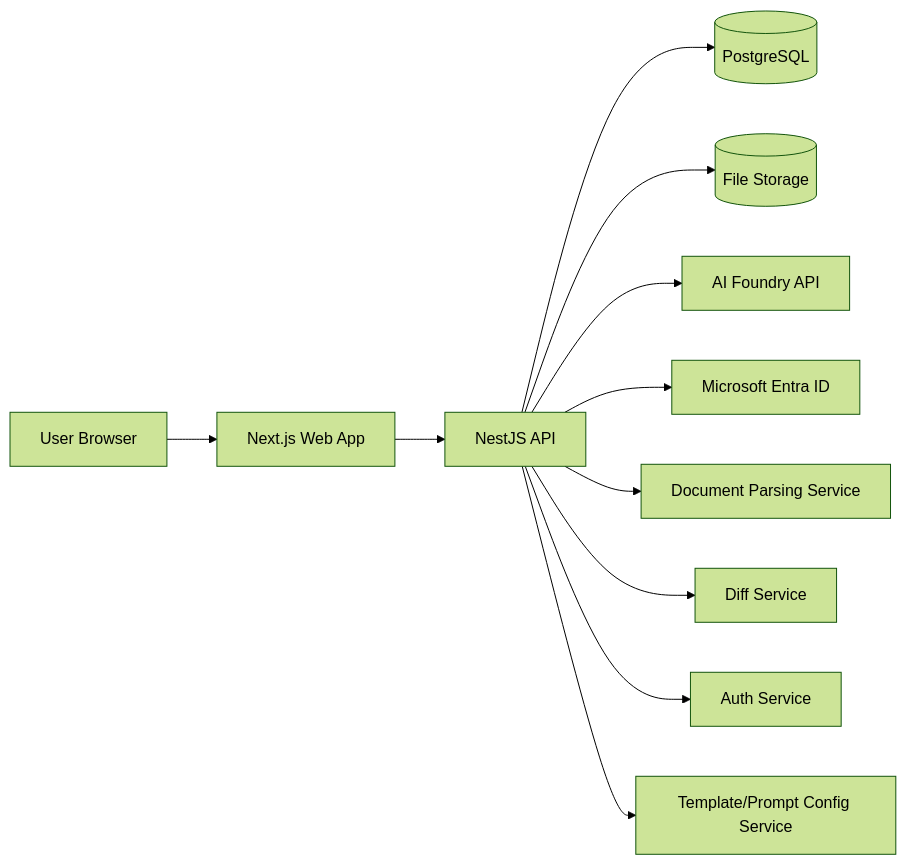
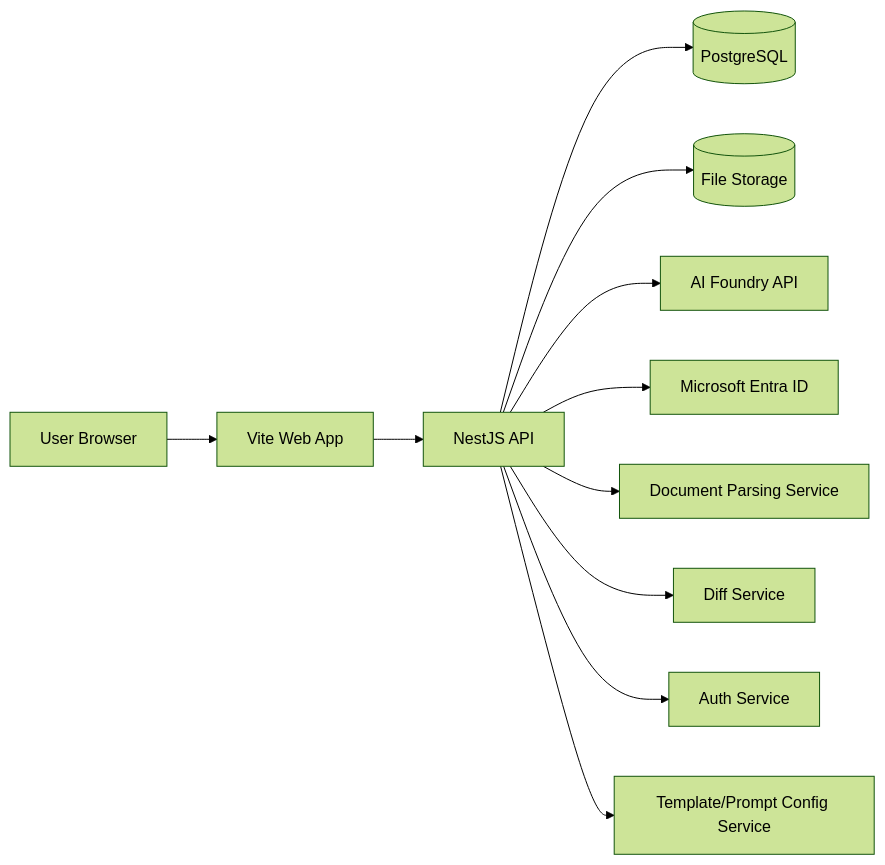
Before and after one commit to yangsa666-g/amplify: the first of 5 diagrams in TECH_SPEC.md, drawn with Mermaid (forest theme). The commit also changed other lines of this file and 95 other files, not shown here.

First line of the commit message:
feat(web): build complete Vite + React frontend for Contract AI Review

````diff
--- a/TECH_SPEC.md
+++ b/TECH_SPEC.md
@@ -71,14 +71,14 @@
 ```mermaid
 flowchart LR
-    U[User Browser] --> W[Next.js Web App]
+    U[User Browser] --> W[Vite Web App]
     W --> A[NestJS API]
     A --> DB[(PostgreSQL)]
     A --> FS[(File Storage)]
     A --> AI[AI Foundry API]
     A --> IDP[Microsoft Entra ID]
 
     A --> PARSER[Document Parsing Service]
     A --> DIFF[Diff Service]
     A --> AUTH[Auth Service]
     A --> CFG[Template/Prompt Config Service]
 ```
````
